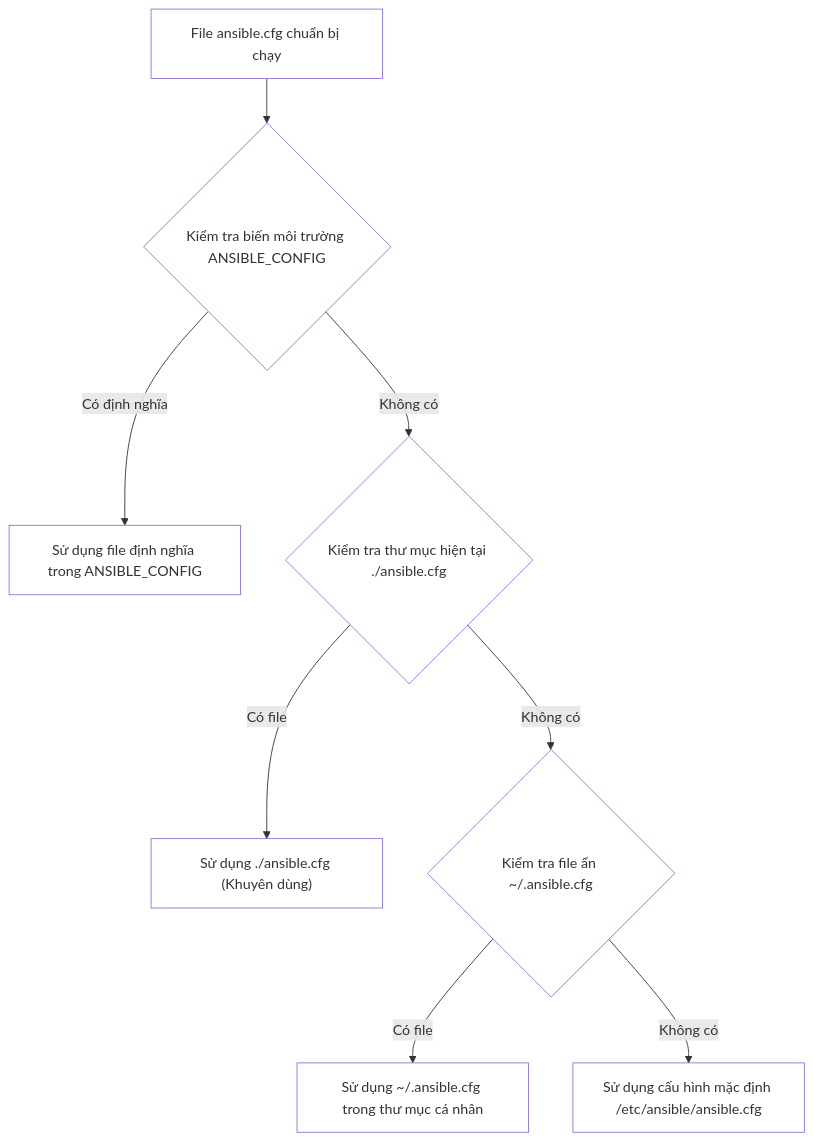
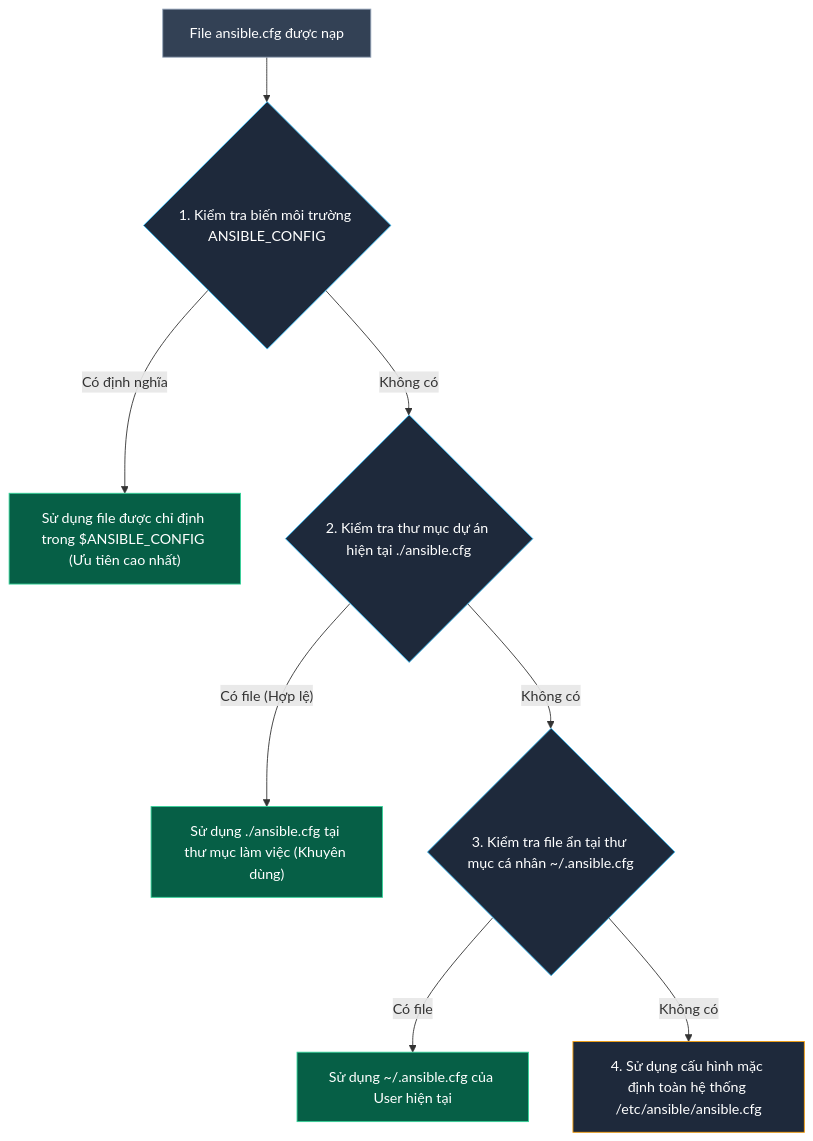
The second of 4 diagrams in _posts/2026-09-13-ansible-02-02-cai-dat-kien-truc-ad-hoc.md (kiennt308/ntk), drawn with Mermaid before and after one commit. The commit also changed other lines of this file and 30 other files, not shown here.

````diff
--- a/_posts/2026-09-13-ansible-02-02-cai-dat-kien-truc-ad-hoc.md
+++ b/_posts/2026-09-13-ansible-02-02-cai-dat-kien-truc-ad-hoc.md
@@ -83,19 +83,19 @@
 ```mermaid
 graph TD
-    A["File ansible.cfg chuẩn bị chạy"] --> B{"Kiểm tra biến môi trường ANSIBLE_CONFIG"}
-    B -- Có định nghĩa --> C["Sử dụng file định nghĩa trong ANSIBLE_CONFIG"]
-    B -- Không có --> D{"Kiểm tra thư mục hiện tại ./ansible.cfg"}
-    D -- Có file --> E["Sử dụng ./ansible.cfg (Khuyên dùng)"]
-    D -- Không có --> F{"Kiểm tra file ẩn ~/.ansible.cfg"}
-    F -- Có file --> G["Sử dụng ~/.ansible.cfg trong thư mục cá nhân"]
-    F -- Không có --> H["Sử dụng cấu hình mặc định /etc/ansible/ansible.cfg"]
+    A["File ansible.cfg được nạp"] --> B{"1. Kiểm tra biến môi trường ANSIBLE_CONFIG"}
+    B -- "Có định nghĩa" --> C["Sử dụng file được chỉ định trong $ANSIBLE_CONFIG (Ưu tiên cao nhất)"]
+    B -- "Không có" --> D{"2. Kiểm tra thư mục dự án hiện tại ./ansible.cfg"}
+    D -- "Có file (Hợp lệ)" --> E["Sử dụng ./ansible.cfg tại thư mục làm việc (Khuyên dùng)"]
+    D -- "Không có" --> F{"3. Kiểm tra file ẩn tại thư mục cá nhân ~/.ansible.cfg"}
+    F -- "Có file" --> G["Sử dụng ~/.ansible.cfg của User hiện tại"]
+    F -- "Không có" --> H["4. Sử dụng cấu hình mặc định toàn hệ thống /etc/ansible/ansible.cfg"]
 
-    style A fill:none
-    style B fill:none
-    style C fill:none
-    style D fill:none
-    style E fill:none
-    style F fill:none
-    style G fill:none
-    style H fill:none
+    style A fill:#334155,stroke:#94a3b8,color:#fff
+    style B fill:#1e293b,stroke:#38bdf8,color:#fff
+    style C fill:#065f46,stroke:#34d399,color:#fff
+    style D fill:#1e293b,stroke:#38bdf8,color:#fff
+    style E fill:#065f46,stroke:#34d399,color:#fff
+    style F fill:#1e293b,stroke:#38bdf8,color:#fff
+    style G fill:#065f46,stroke:#34d399,color:#fff
+    style H fill:#1e293b,stroke:#f59e0b,color:#fff
 ```
````
